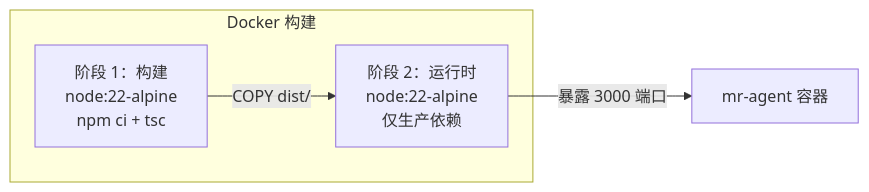
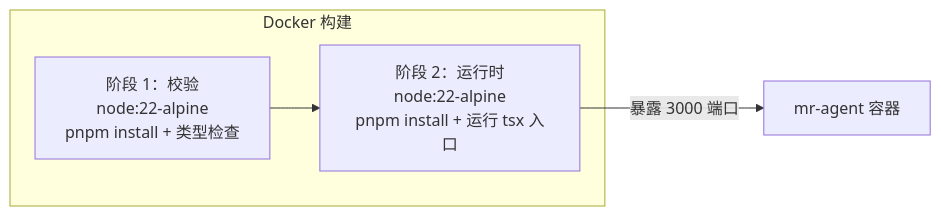
The fifth of 6 diagrams in README-zh.md (condevtools/pr-agent), drawn with Mermaid before and after one commit. The commit also changed other lines of this file and 26 other files, not shown here.

````diff
--- a/README-zh.md
+++ b/README-zh.md
@@ -568,9 +500,9 @@
 ```mermaid
 graph LR
     subgraph Docker 构建
-        B1[阶段 1：构建<br/>node:22-alpine<br/>npm ci + tsc]
-        B2[阶段 2：运行时<br/>node:22-alpine<br/>仅生产依赖]
-        B1 -->|COPY dist/| B2
+        B1[阶段 1：校验<br/>node:22-alpine<br/>pnpm install + 类型检查]
+        B2[阶段 2：运行时<br/>node:22-alpine<br/>pnpm install + 运行 tsx 入口]
+        B1 --> B2
     end
     B2 -->|暴露 3000 端口| SRV[mr-agent 容器]
 ```
````
